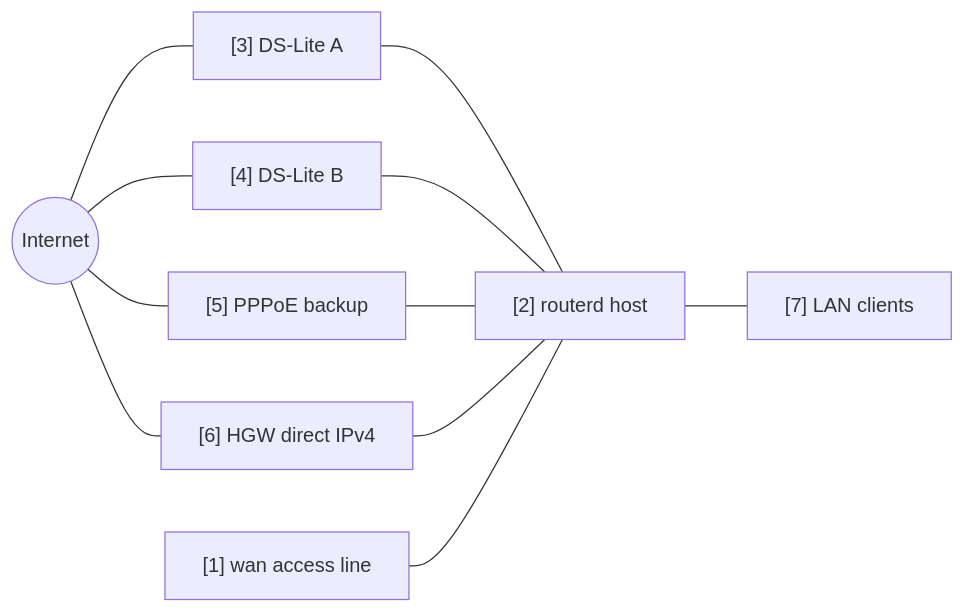
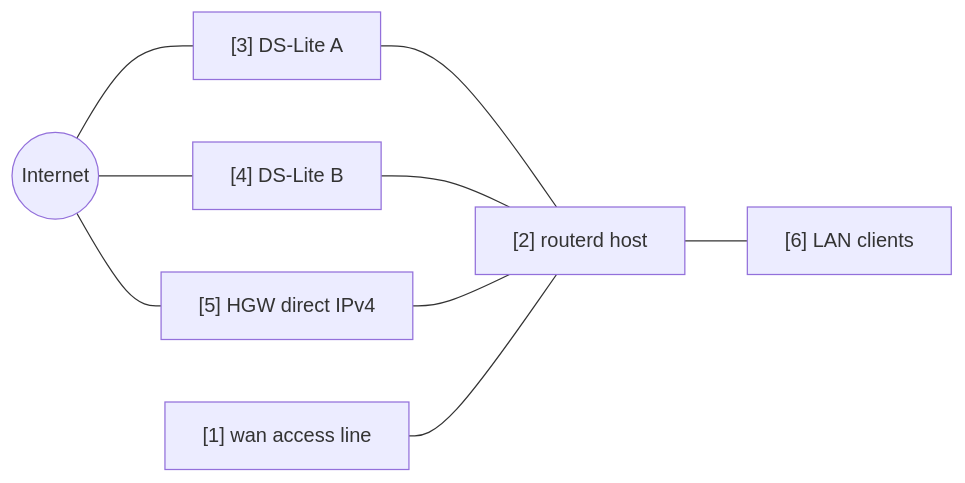
One commit to imksoo/routerd changed the diagram in docs/config-examples/multi-wan-failover.md. Above: the diagram before and after it, drawn with Mermaid. The commit also changed other lines of this file and 137 other files, not shown here.

````diff
--- a/docs/config-examples/multi-wan-failover.md
+++ b/docs/config-examples/multi-wan-failover.md
@@ -17,17 +17,15 @@
 ```mermaid
 flowchart LR
   internet((Internet))
   wan["[1] wan access line"]
   router["[2] routerd host"]
   dsa["[3] DS-Lite A"]
   dsb["[4] DS-Lite B"]
-  ppp["[5] PPPoE backup"]
-  hgw["[6] HGW direct IPv4"]
-  lan["[7] LAN clients"]
+  hgw["[5] HGW direct IPv4"]
+  lan["[6] LAN clients"]
 
   internet --- dsa --- router
   internet --- dsb --- router
-  internet --- ppp --- router
   internet --- hgw --- router
   wan --- router --- lan
 ```
````
